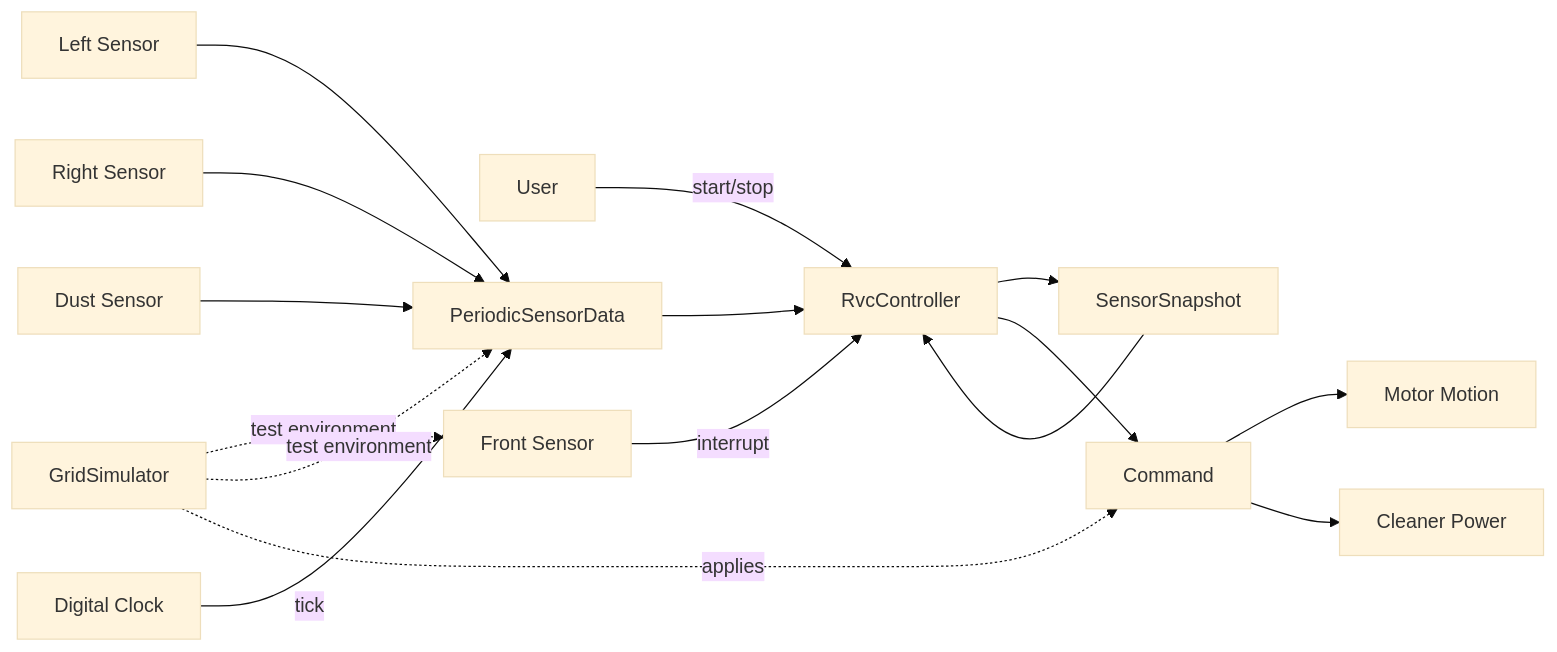
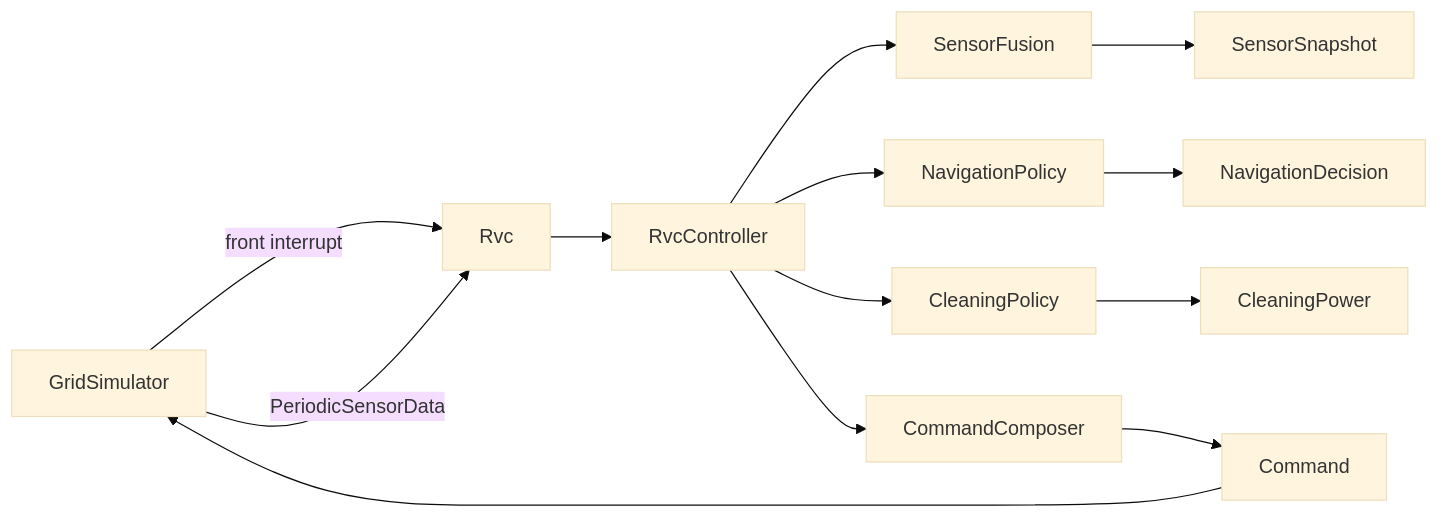
Before and after one commit to reload02/ooad-vibe: the first of 2 diagrams in docs/sdd.md, drawn with Mermaid (base theme). The commit also changed other lines of this file and 18 other files, not shown here.

First line of the commit message:
Refactor RVC architecture to enhance modularity and maintainability

````diff
--- a/docs/sdd.md
+++ b/docs/sdd.md
@@ -64,18 +9,15 @@
 ```mermaid
 flowchart LR
-    User[User] -->|start/stop| Controller[RvcController]
-    FrontSensor[Front Sensor] -->|interrupt| Controller
-    LeftSensor[Left Sensor] --> PeriodicData[PeriodicSensorData]
-    RightSensor[Right Sensor] --> PeriodicData
-    DustSensor[Dust Sensor] --> PeriodicData
-    Clock[Digital Clock] -->|tick| PeriodicData
-    PeriodicData --> Controller
-    Controller --> Snapshot[SensorSnapshot]
-    Snapshot --> Controller
-    Controller --> Command[Command]
-    Command --> Motor[Motor Motion]
-    Command --> Cleaner[Cleaner Power]
-    GridSimulator[GridSimulator] -.test environment.-> FrontSensor
-    GridSimulator -.test environment.-> PeriodicData
-    GridSimulator -.applies.-> Command
+    GridSimulator -->|front interrupt| Rvc
+    GridSimulator -->|PeriodicSensorData| Rvc
+    Rvc --> RvcController
+    RvcController --> SensorFusion
+    RvcController --> NavigationPolicy
+    RvcController --> CleaningPolicy
+    RvcController --> CommandComposer
+    SensorFusion --> SensorSnapshot
+    NavigationPolicy --> NavigationDecision
+    CleaningPolicy --> CleaningPower
+    CommandComposer --> Command
+    Command --> GridSimulator
 ```
````
